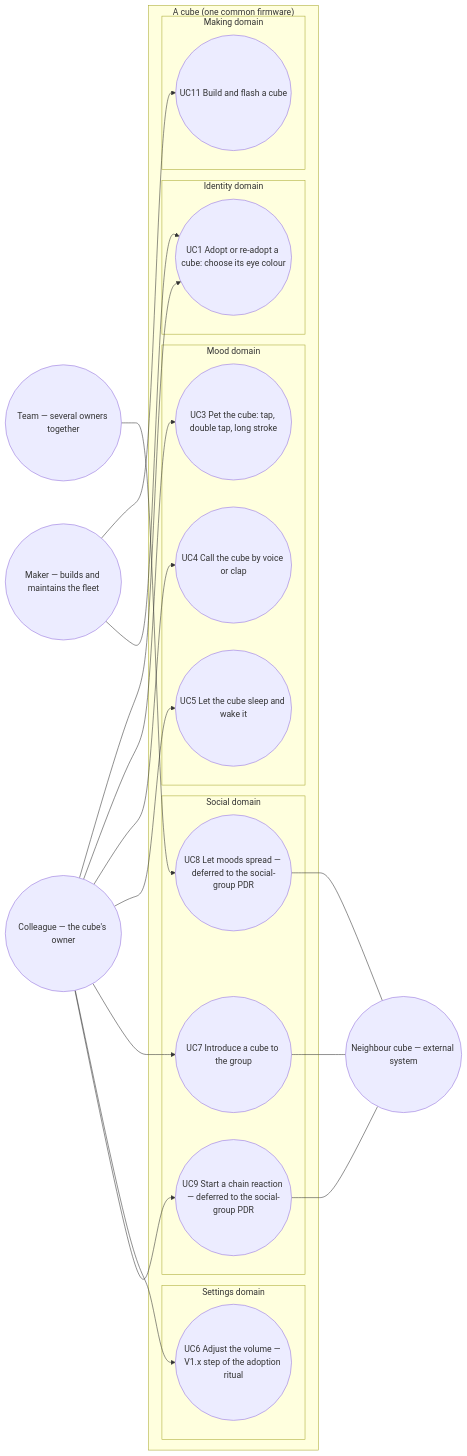
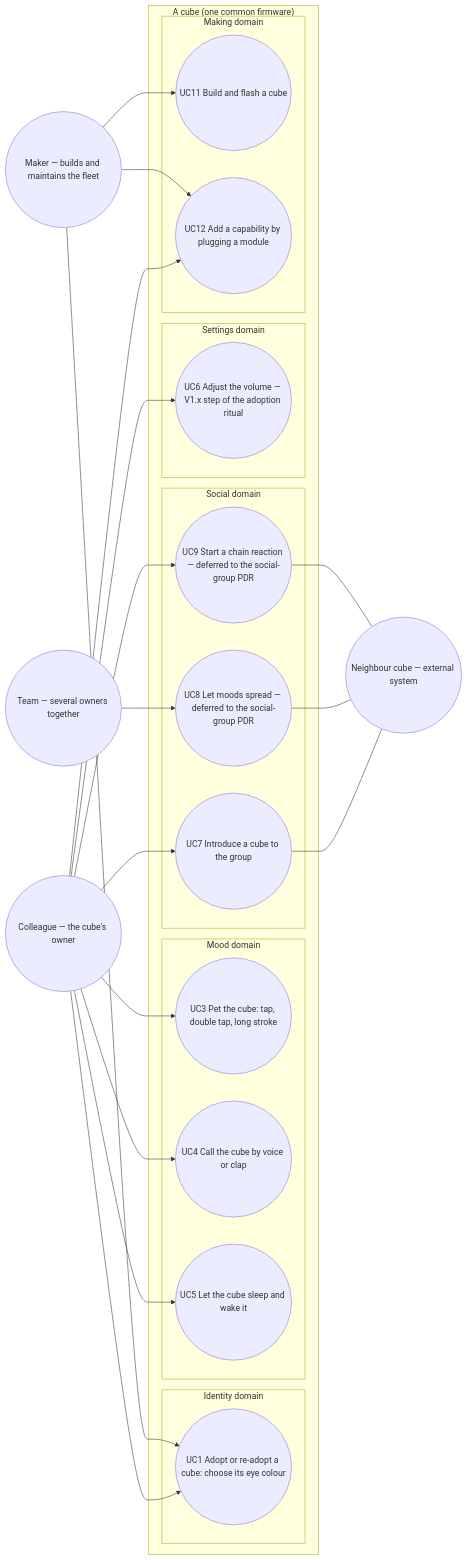
The diagram in docs/architecture/diagrams/cube-core/01-use-case.md (benoit-bremaud/cubbies), drawn with Mermaid before and after one commit. The commit also changed other lines of this file and 17 other files, not shown here.

````diff
--- a/docs/architecture/diagrams/cube-core/01-use-case.md
+++ b/docs/architecture/diagrams/cube-core/01-use-case.md
@@ -22,43 +22,46 @@
 ```mermaid
 flowchart LR
   Colleague(("Colleague — the cube's owner"))
   Team(("Team — several owners together"))
   Maker(("Maker — builds and maintains the fleet"))
   Neighbour(("Neighbour cube — external system"))
 
   subgraph SYSTEM ["A cube (one common firmware)"]
     subgraph Identity ["Identity domain"]
       UC1(("UC1 Adopt or re-adopt a cube: choose its eye colour"))
     end
     subgraph Mood ["Mood domain"]
       UC3(("UC3 Pet the cube: tap, double tap, long stroke"))
       UC4(("UC4 Call the cube by voice or clap"))
       UC5(("UC5 Let the cube sleep and wake it"))
     end
     subgraph Social ["Social domain"]
       UC7(("UC7 Introduce a cube to the group"))
       UC8(("UC8 Let moods spread — deferred to the social-group PDR"))
       UC9(("UC9 Start a chain reaction — deferred to the social-group PDR"))
     end
     subgraph Settings ["Settings domain"]
       UC6(("UC6 Adjust the volume — V1.x step of the adoption ritual"))
     end
     subgraph Making ["Making domain"]
       UC11(("UC11 Build and flash a cube"))
+      UC12(("UC12 Add a capability by plugging a module"))
     end
   end
 
   Colleague --> UC1
   Colleague --> UC3
   Colleague --> UC4
   Colleague --> UC5
   Colleague --> UC7
   Colleague --> UC6
   Team --> UC8
   Colleague --> UC9
   Maker --> UC11
+  Colleague --> UC12
+  Maker --> UC12
   Maker --> UC1
   UC7 --- Neighbour
   UC8 --- Neighbour
   UC9 --- Neighbour
 ```
````
